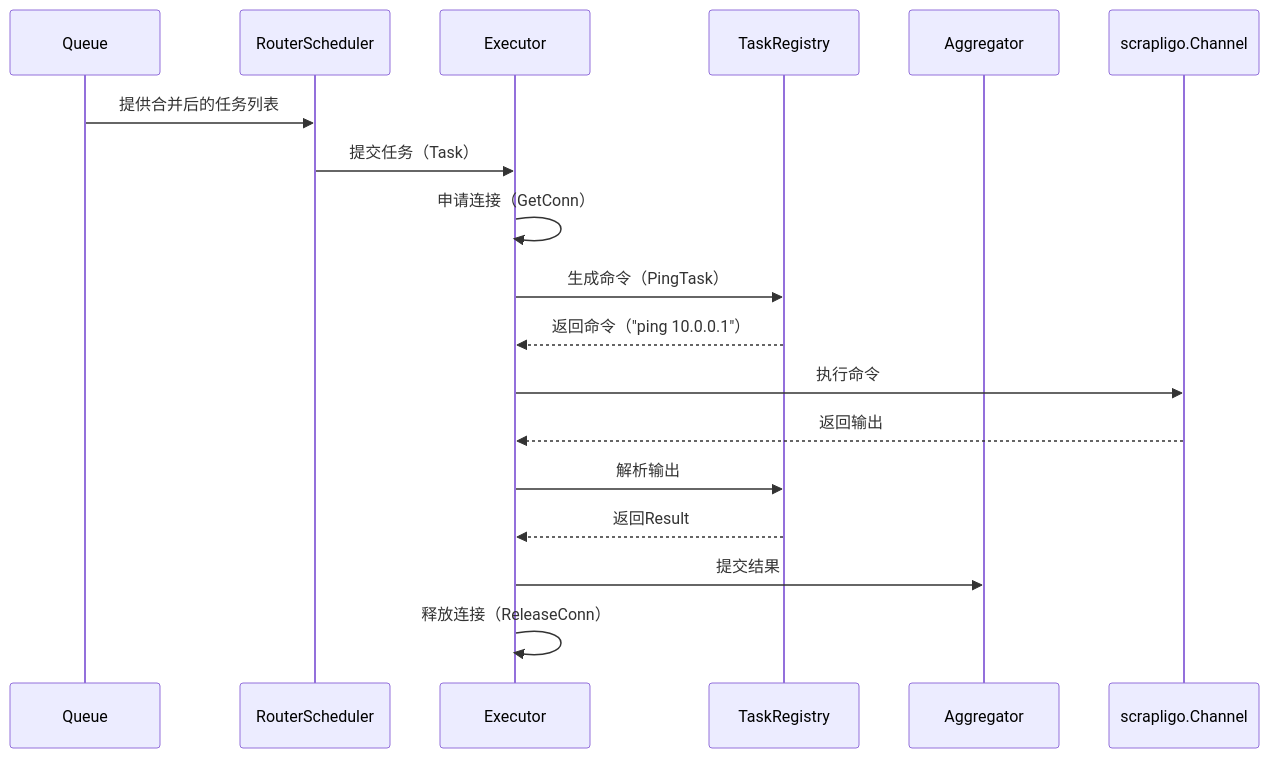
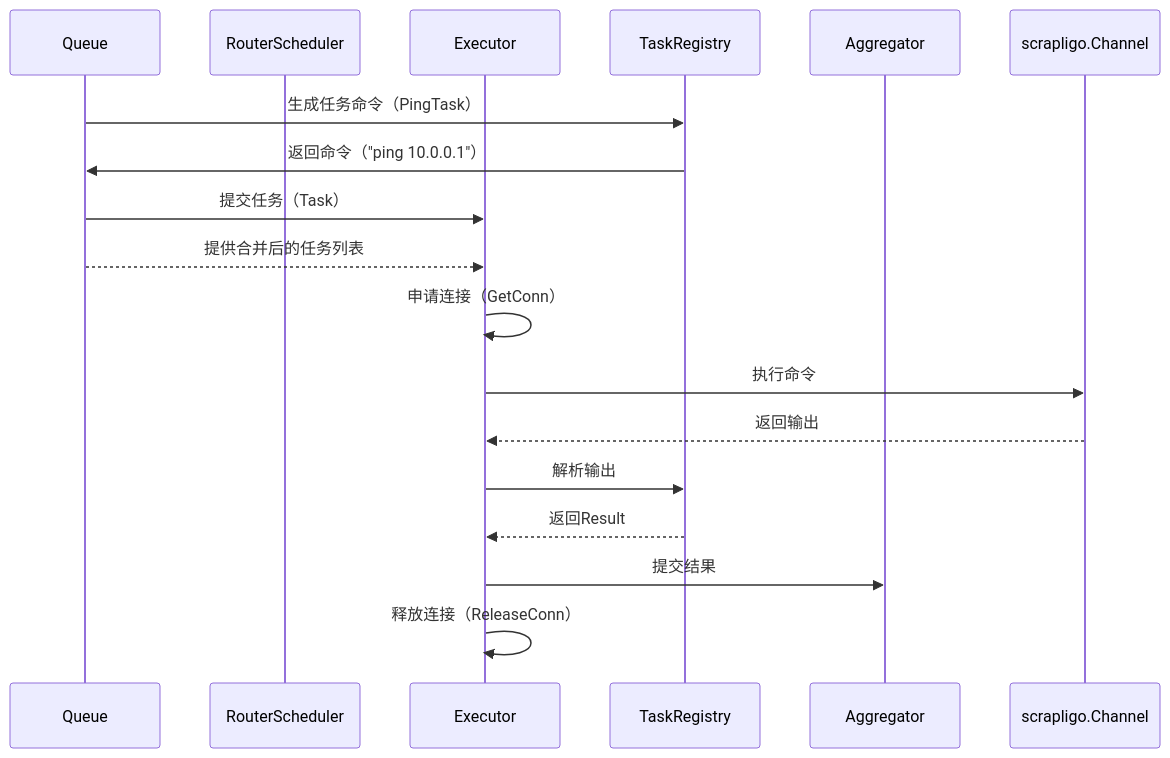
One commit to charlesren/zabbix_ddl_monitor changed the third of 3 diagrams in spec/line_monitoring/design.md. Above: the diagram before and after it, drawn with Mermaid. The commit also changed other lines of this file and 1 other file, not shown here.

````diff
--- a/spec/line_monitoring/design.md
+++ b/spec/line_monitoring/design.md
@@ -116,21 +106,22 @@
 ```mermaid
 sequenceDiagram
     participant Queue
     participant RouterScheduler
     participant Executor
     participant TaskRegistry
     participant Aggregator
 
     %% 任务分发与执行
-    Queue->>RouterScheduler: 提供合并后的任务列表
-    RouterScheduler->>Executor: 提交任务（Task）
+    Queue->>TaskRegistry: 生成任务命令（PingTask）
+    TaskRegistry->>Queue: 返回命令（"ping 10.0.0.1"）
+    Queue->>Executor: 提交任务（Task）
+    Queue-->>Executor: 提供合并后的任务列表
     Executor->>Executor: 申请连接（GetConn）
-    Executor->>TaskRegistry: 生成命令（PingTask）
-    TaskRegistry-->>Executor: 返回命令（"ping 10.0.0.1"）
+
     Executor->>scrapligo.Channel: 执行命令
     scrapligo.Channel-->>Executor: 返回输出
     Executor->>TaskRegistry: 解析输出
     TaskRegistry-->>Executor: 返回Result
     Executor->>Aggregator: 提交结果
     Executor->>Executor: 释放连接（ReleaseConn）
 ```
````
